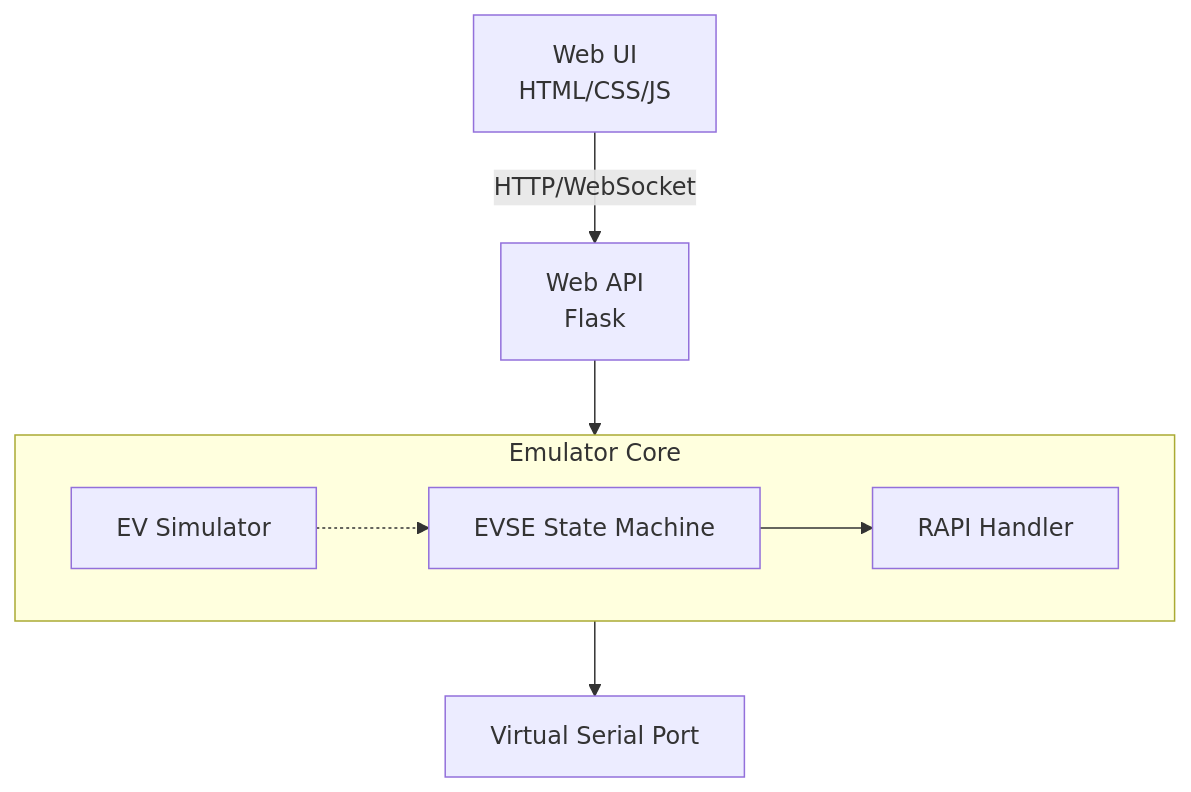
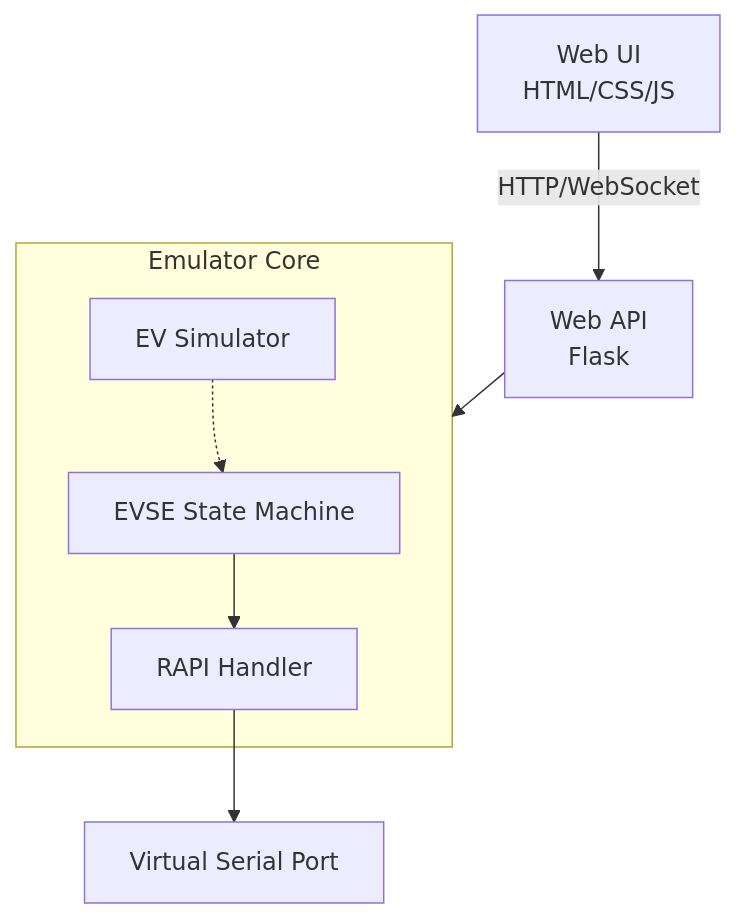
The diagram in README.md (jeremypoulter/OpenEVSE_Emulator), drawn with Mermaid before and after one commit. The commit also changed 1 other file, not shown here.

Commit message:
Fix diagram: RAPI Handler now connects directly to Serial Port

````diff
--- a/README.md
+++ b/README.md
@@ -294,15 +294,15 @@
 ```mermaid
 graph TD
     A[Web UI<br/>HTML/CSS/JS] -->|HTTP/WebSocket| B[Web API<br/>Flask]
     B --> EmulatorCore
     
     subgraph EmulatorCore[Emulator Core]
         D[EVSE State Machine]
         E[EV Simulator]
         F[RAPI Handler]
         E -.-> D
         D --> F
     end
     
-    EmulatorCore --> G[Virtual Serial Port]
+    F --> G[Virtual Serial Port]
 ```
````
